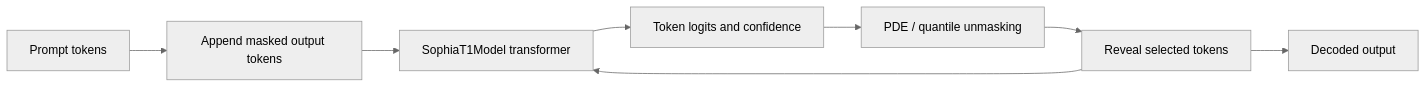
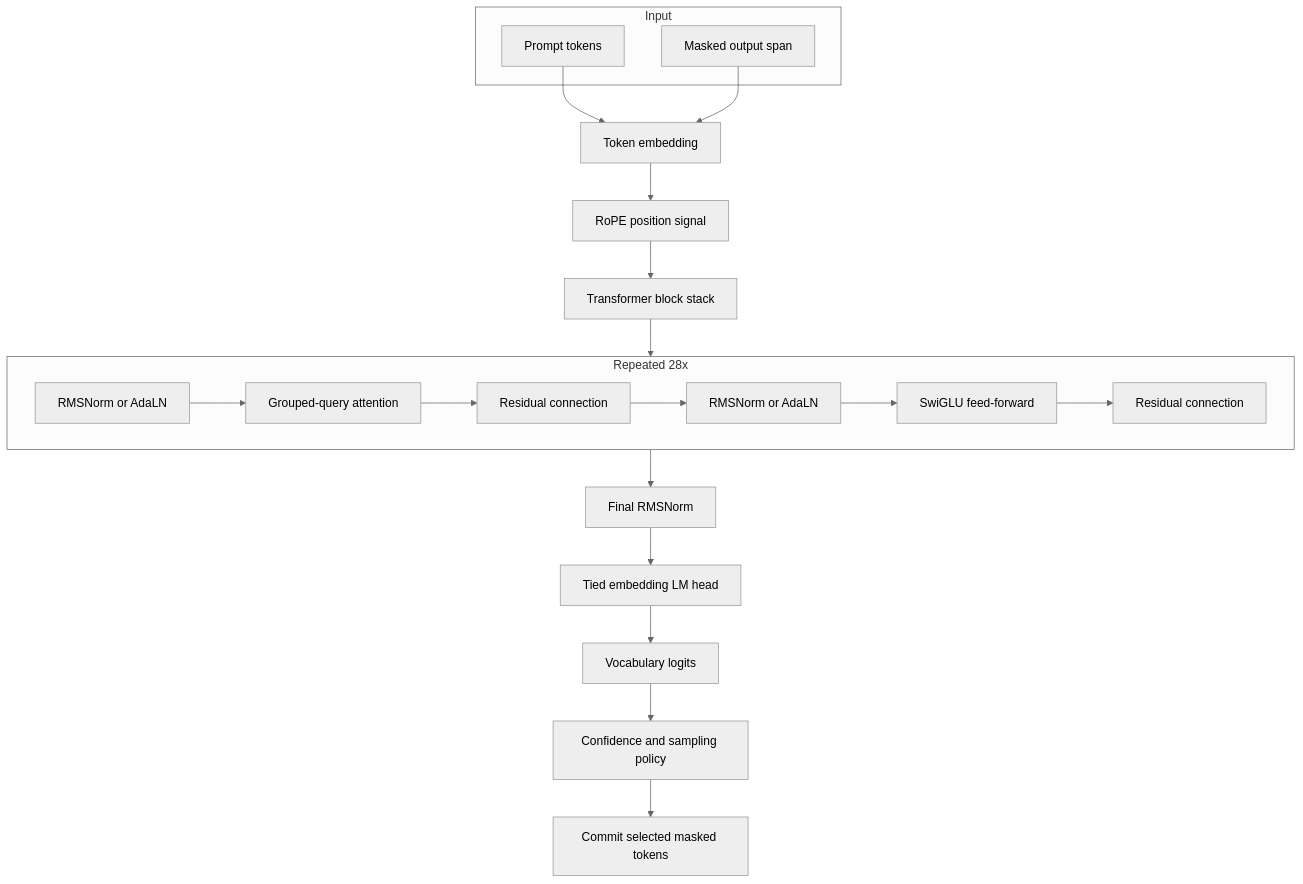
The first of 3 diagrams in docs/architecture.md (Chorozion/Casandra-t1-diffusion-edge-model), drawn with Mermaid (neutral theme) before and after one commit. The commit also changed other lines of this file and 10 other files, not shown here.

````diff
--- a/docs/architecture.md
+++ b/docs/architecture.md
@@ -7,10 +15,28 @@
 ```mermaid
-flowchart LR
-    Prompt[Prompt tokens] --> Mask[Append masked output tokens]
-    Mask --> Model[SophiaT1Model transformer]
-    Model --> Scores[Token logits and confidence]
-    Scores --> Scheduler[PDE / quantile unmasking]
-    Scheduler --> Update[Reveal selected tokens]
-    Update --> Model
-    Update --> Output[Decoded output]
+flowchart TB
+    subgraph Input
+        A[Prompt tokens]
+        B[Masked output span]
+    end
+
+    A --> C[Token embedding]
+    B --> C
+    C --> D[RoPE position signal]
+    D --> E[Transformer block stack]
+
+    subgraph Block["Repeated 28x"]
+        E1[RMSNorm or AdaLN]
+        E2[Grouped-query attention]
+        E3[Residual connection]
+        E4[RMSNorm or AdaLN]
+        E5[SwiGLU feed-forward]
+        E6[Residual connection]
+        E1 --> E2 --> E3 --> E4 --> E5 --> E6
+    end
+
+    E --> Block --> F[Final RMSNorm]
+    F --> G[Tied embedding LM head]
+    G --> H[Vocabulary logits]
+    H --> I[Confidence and sampling policy]
+    I --> J[Commit selected masked tokens]
 ```
````
